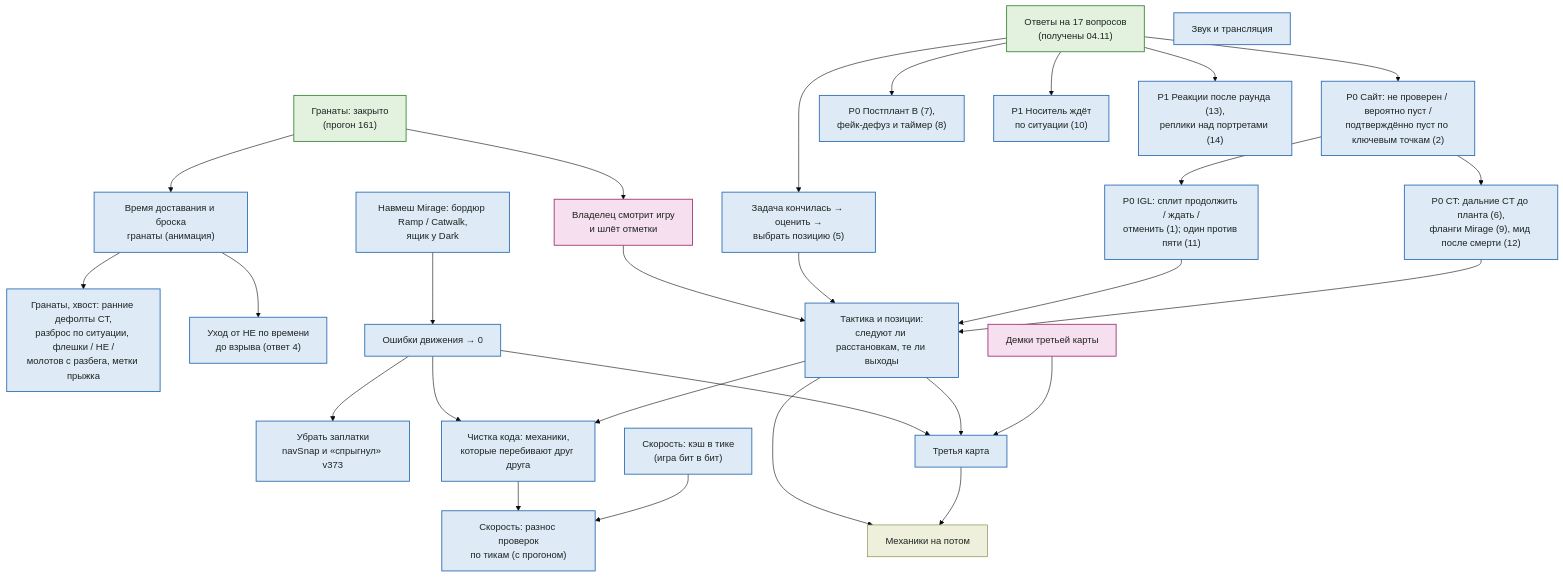
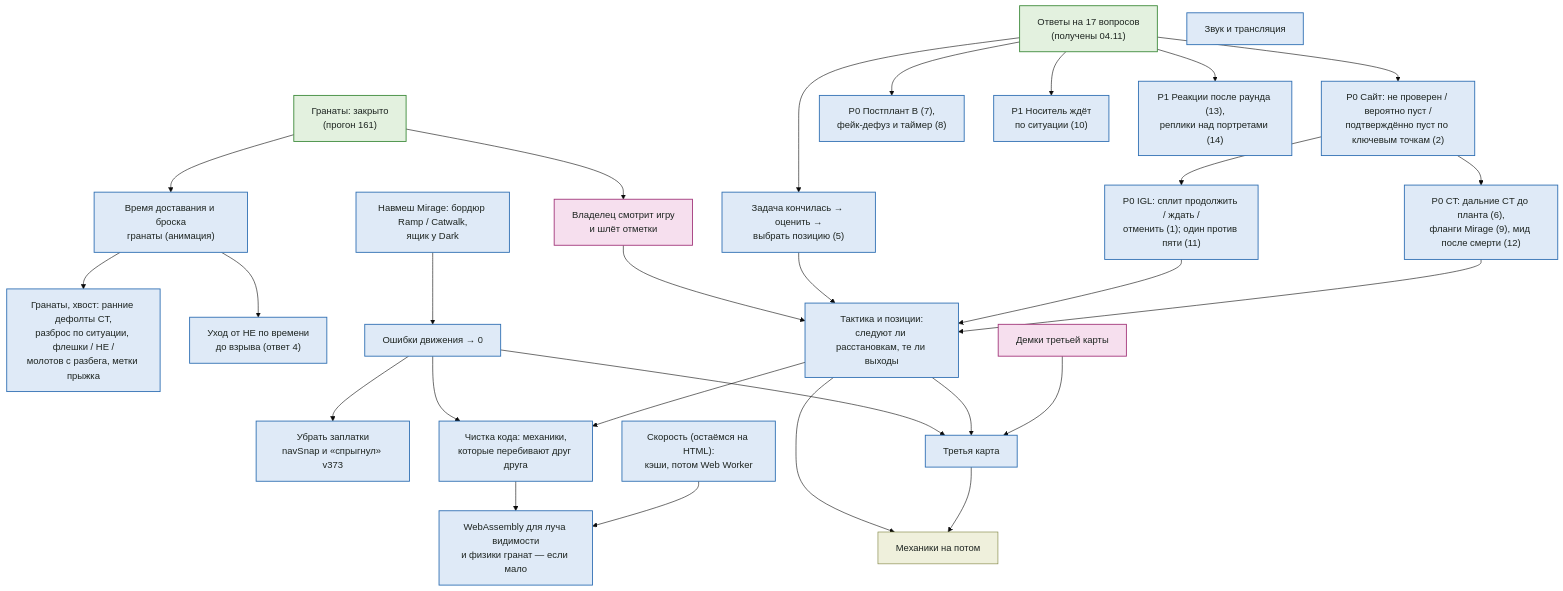
Before and after one commit to xa11mono/sim-cs2: the diagram in ROADMAP.md, drawn with Mermaid (base theme). The commit also changed other lines of this file and 1 other file, not shown here.

First line of the commit message:
ROADMAP: скорость — остаёмся на HTML; кэши → Web Worker → WebAssembly (владелец 04.11)

````diff
--- a/ROADMAP.md
+++ b/ROADMAP.md
@@ -11,46 +11,46 @@
 ```mermaid
 flowchart TD
   G0["Гранаты: закрыто<br/>(прогон 161)"]:::done
   REV["Владелец смотрит игру<br/>и шлёт отметки"]:::you
   ANS["Ответы на 17 вопросов<br/>(получены 04.11)"]:::done
 
   G0 --> REV
   G0 --> DRAW["Время доставания и броска<br/>гранаты (анимация)"]:::me
   DRAW --> GT["Гранаты, хвост: ранние дефолты CT,<br/>разброс по ситуации, флешки / HE /<br/>молотов с разбега, метки прыжка"]:::me
   DRAW --> HE["Уход от HE по времени<br/>до взрыва (ответ 4)"]:::me
 
   NAV["Навмеш Mirage: бордюр Ramp / Catwalk,<br/>ящик у Dark"]:::me
   NAV --> MOV["Ошибки движения → 0"]:::me
   MOV --> PATCH["Убрать заплатки<br/>navSnap и «спрыгнул» v373"]:::me
 
   ANS --> INFO["P0 Сайт: не проверен / вероятно пуст /<br/>подтверждённо пуст по ключевым точкам (2)"]:::me
   INFO --> IGL["P0 IGL: сплит продолжить / ждать /<br/>отменить (1); один против пяти (11)"]:::me
   INFO --> CT["P0 CT: дальние CT до планта (6),<br/>фланги Mirage (9), мид после смерти (12)"]:::me
   ANS --> PP["P0 Постплант B (7),<br/>фейк-дефуз и таймер (8)"]:::me
   ANS --> TASK["Задача кончилась → оценить →<br/>выбрать позицию (5)"]:::me
   ANS --> CAR["P1 Носитель ждёт<br/>по ситуации (10)"]:::me
   ANS --> UI["P1 Реакции после раунда (13),<br/>реплики над портретами (14)"]:::me
   REV --> TAC["Тактика и позиции:<br/>следуют ли расстановкам, те ли выходы"]:::me
   TASK --> TAC
   IGL --> TAC
   CT --> TAC
 
   MOV --> CLEAN["Чистка кода: механики,<br/>которые перебивают друг друга"]:::me
   TAC --> CLEAN
-  PERF["Скорость: кэш в тике<br/>(игра бит в бит)"]:::me
-  CLEAN --> PERF2["Скорость: разнос проверок<br/>по тикам (с прогоном)"]:::me
+  PERF["Скорость (остаёмся на HTML):<br/>кэши, потом Web Worker"]:::me
+  CLEAN --> PERF2["WebAssembly для луча видимости<br/>и физики гранат — если мало"]:::me
   PERF --> PERF2
   SND["Звук и трансляция"]:::me
 
   MOV --> MAP3["Третья карта"]:::me
   TAC --> MAP3
   DEMO["Демки третьей карты"]:::you --> MAP3
   TAC --> FUT["Механики на потом"]:::later
   MAP3 --> FUT
 
   classDef now fill:#fbe9d6,stroke:#c26a12,stroke-width:2px,color:#1d2420
   classDef me fill:#dfeaf7,stroke:#2f6fb3,stroke-width:1.5px,color:#1d2420
   classDef you fill:#f6dfee,stroke:#a2367a,stroke-width:1.5px,color:#1d2420
   classDef done fill:#e3f1df,stroke:#3d8a3a,stroke-width:1.5px,color:#1d2420
   classDef later fill:#eff0dc,stroke:#7a7f3a,color:#1d2420
 ```
````
